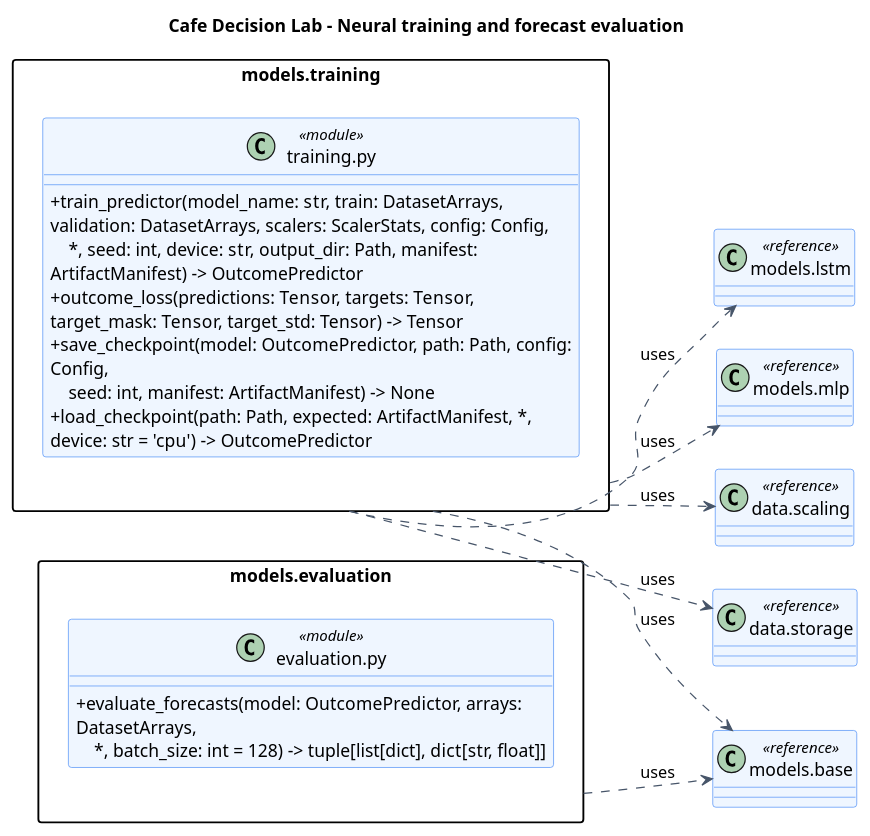
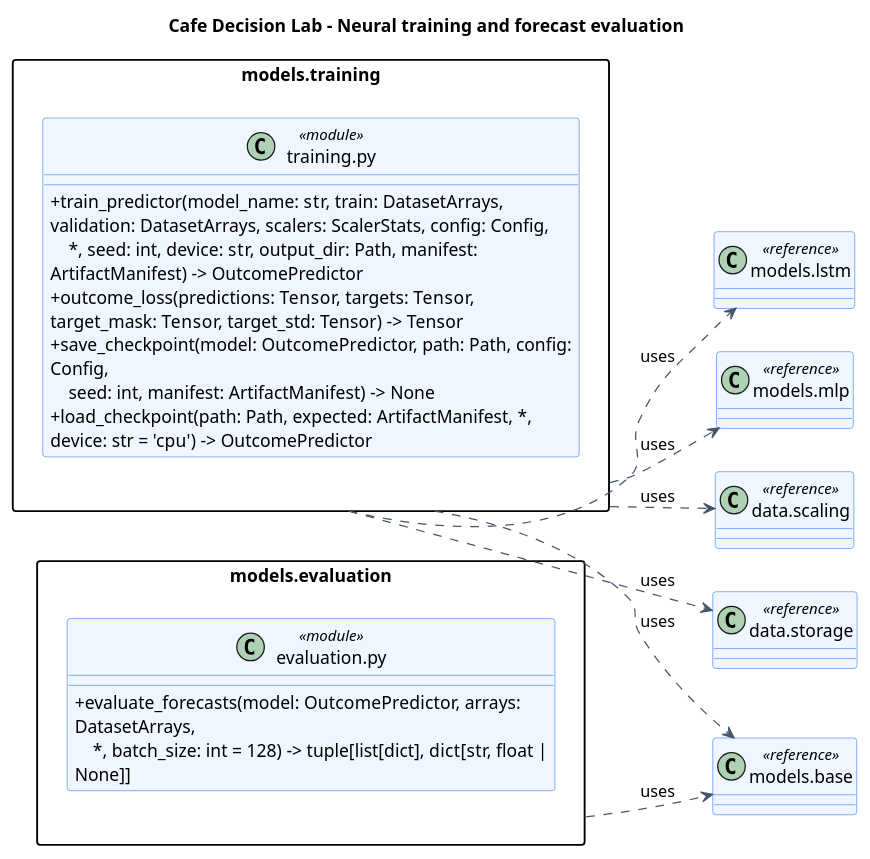
Before and after one commit to enzo-dosanjos/cafe-decision-lab: the diagram in docs/architecture/diagrams/src/training_api.puml, drawn with PlantUML. The commit also changed 30 other files, not shown here.

```diff
--- a/docs/architecture/diagrams/src/training_api.puml
+++ b/docs/architecture/diagrams/src/training_api.puml
@@ -1,37 +1,37 @@
 @startuml training_api
 title Cafe Decision Lab - Neural training and forecast evaluation
 left to right direction
 skinparam shadowing false
 skinparam defaultFontName SansSerif
 skinparam classAttributeIconSize 0
 skinparam packageStyle rectangle
 skinparam classBackgroundColor #EFF6FF
 skinparam classBorderColor #3B82F6
 skinparam ArrowColor #475569
 skinparam wrapWidth 420
 
 package "models.training" as pkg_models_training {
 class "training.py" as models_training_functions <<module>> {
   + train_predictor(model_name: str, train: DatasetArrays, validation: DatasetArrays, scalers: ScalerStats, config: Config,\n    *, seed: int, device: str, output_dir: Path, manifest: ArtifactManifest) -> OutcomePredictor
   + outcome_loss(predictions: Tensor, targets: Tensor, target_mask: Tensor, target_std: Tensor) -> Tensor
   + save_checkpoint(model: OutcomePredictor, path: Path, config: Config,\n    seed: int, manifest: ArtifactManifest) -> None
   + load_checkpoint(path: Path, expected: ArtifactManifest, *, device: str = 'cpu') -> OutcomePredictor
 }
 }
 package "models.evaluation" as pkg_models_evaluation {
 class "evaluation.py" as models_evaluation_functions <<module>> {
-  + evaluate_forecasts(model: OutcomePredictor, arrays: DatasetArrays,\n    *, batch_size: int = 128) -> tuple[list[dict], dict[str, float]]
+  + evaluate_forecasts(model: OutcomePredictor, arrays: DatasetArrays,\n    *, batch_size: int = 128) -> tuple[list[dict], dict[str, float | None]]
 }
 }
 class "data.scaling" as ref_data_scaling <<reference>>
 class "data.storage" as ref_data_storage <<reference>>
 class "models.base" as ref_models_base <<reference>>
 class "models.lstm" as ref_models_lstm <<reference>>
 class "models.mlp" as ref_models_mlp <<reference>>
 pkg_models_training ..> ref_models_base : uses
 pkg_models_training ..> ref_models_mlp : uses
 pkg_models_training ..> ref_models_lstm : uses
 pkg_models_training ..> ref_data_storage : uses
 pkg_models_training ..> ref_data_scaling : uses
 pkg_models_evaluation ..> ref_models_base : uses
 @enduml
```
